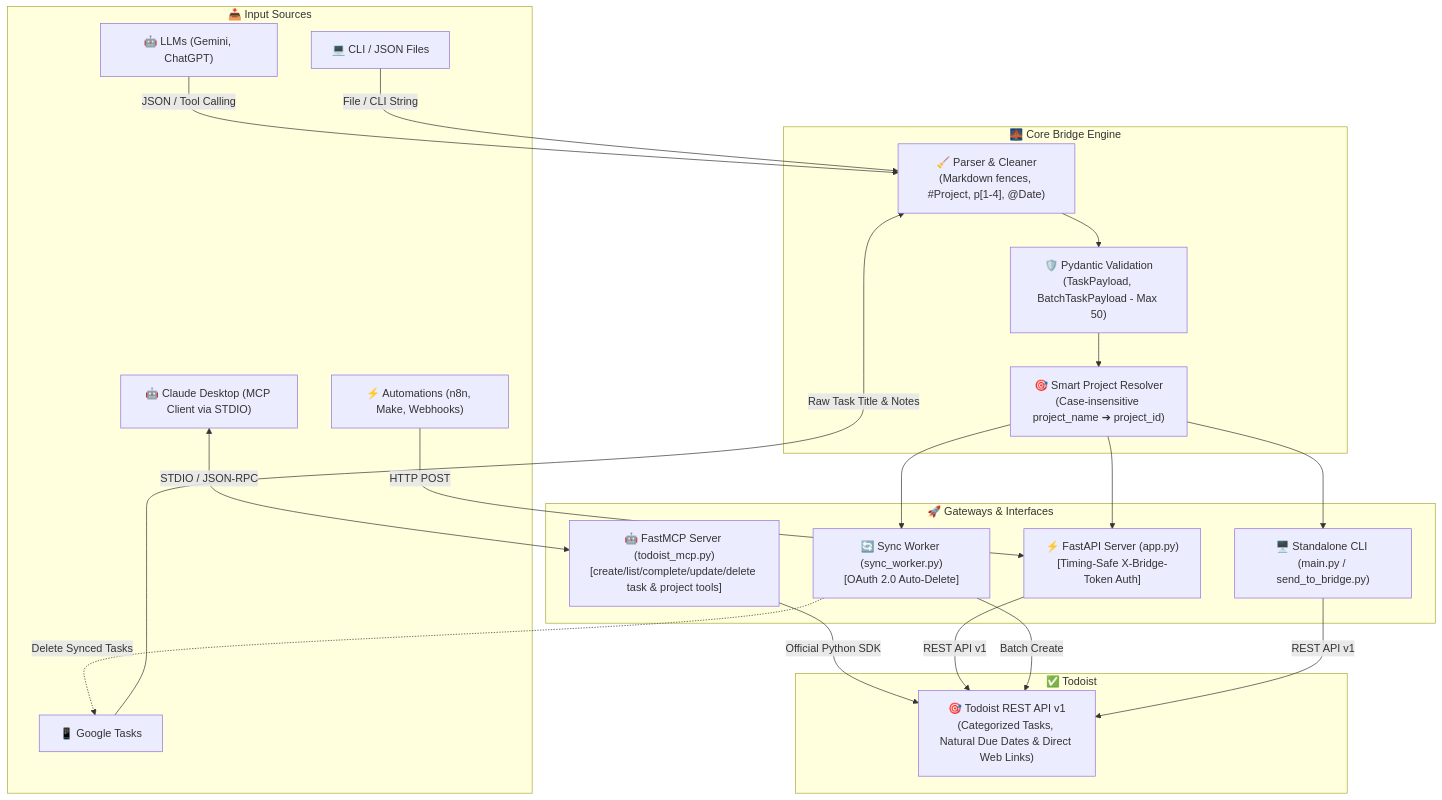
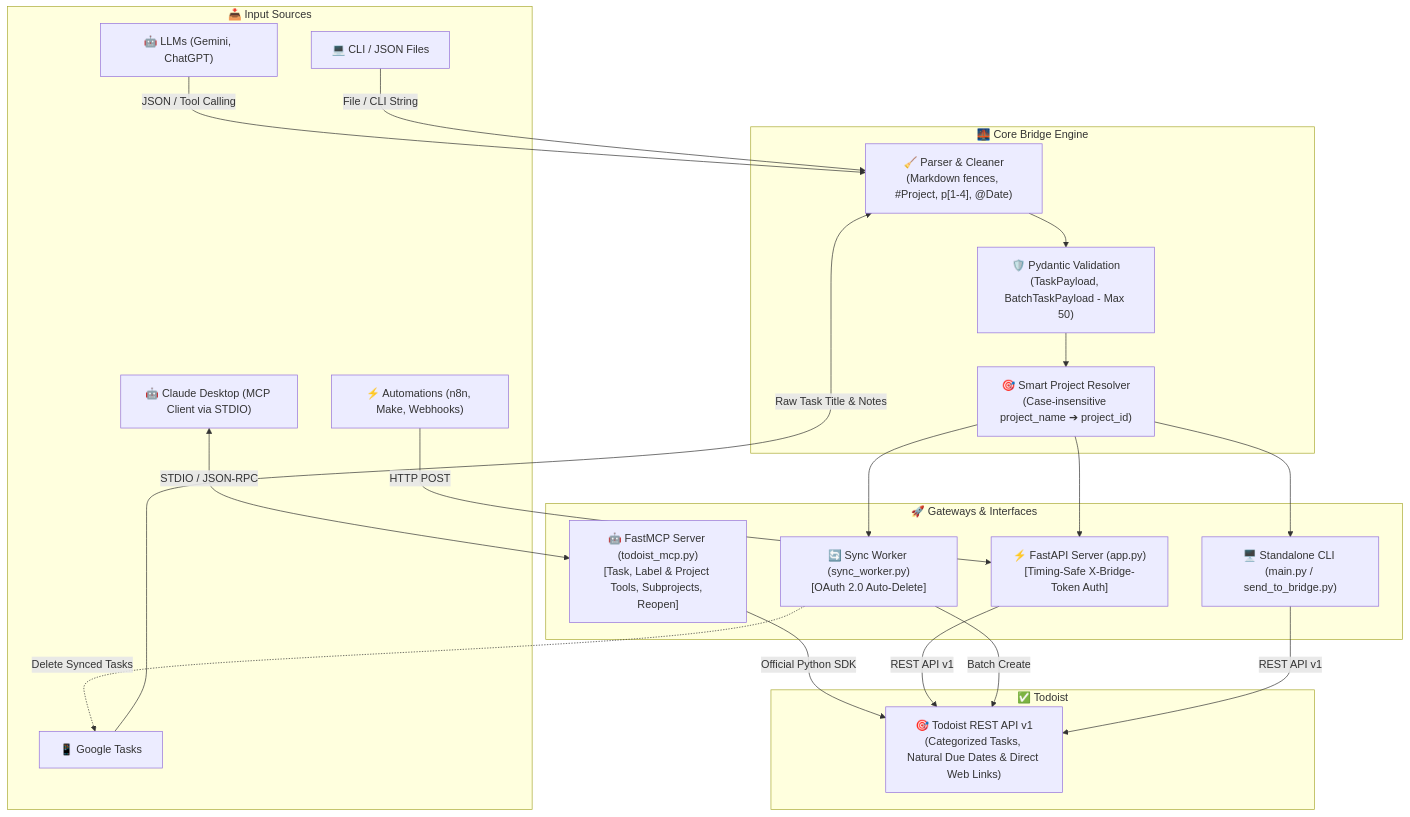
The diagram in README.md (kagankurubas/Todoist-Gemini-Bridge), drawn with Mermaid before and after one commit. The commit also changed other lines of this file and 2 other files, not shown here.

Commit message:
feat(mcp): add labels, nested projects hierarchy, and reopen_task tool with full test coverage

````diff
--- a/README.md
+++ b/README.md
@@ -30,45 +30,45 @@
 ```mermaid
 flowchart TD
     subgraph Sources["📥 Input Sources"]
         A1["🤖 Claude Desktop (MCP Client via STDIO)"]
         A2["🤖 LLMs (Gemini, ChatGPT)"]
         A3["📱 Google Tasks"]
         A4["⚡ Automations (n8n, Make, Webhooks)"]
         A5["💻 CLI / JSON Files"]
     end
 
     subgraph CoreBridge["🌉 Core Bridge Engine"]
         B1["🧹 Parser & Cleaner\n(Markdown fences, #Project, p[1-4], @Date)"]
         B2["🛡️ Pydantic Validation\n(TaskPayload, BatchTaskPayload - Max 50)"]
         B3["🎯 Smart Project Resolver\n(Case-insensitive project_name ➔ project_id)"]
     end
 
     subgraph Gateways["🚀 Gateways & Interfaces"]
-        C1["🤖 FastMCP Server (todoist_mcp.py)\n[create/list/complete/update/delete task & project tools]"]
+        C1["🤖 FastMCP Server (todoist_mcp.py)\n[Task, Label & Project Tools, Subprojects, Reopen]"]
         C2["⚡ FastAPI Server (app.py)\n[Timing-Safe X-Bridge-Token Auth]"]
         C3["🔄 Sync Worker (sync_worker.py)\n[OAuth 2.0 Auto-Delete]"]
         C4["🖥️ Standalone CLI (main.py / send_to_bridge.py)"]
     end
 
     subgraph Todoist["✅ Todoist"]
         D["🎯 Todoist REST API v1\n(Categorized Tasks, Natural Due Dates & Direct Web Links)"]
     end
 
     A1 <-->|STDIO / JSON-RPC| C1
     A2 -->|JSON / Tool Calling| B1
     A3 -->|Raw Task Title & Notes| B1
     A4 -->|HTTP POST| C2
     A5 -->|File / CLI String| B1
 
     B1 --> B2
     B2 --> B3
     B3 --> C2
     B3 --> C3
     B3 --> C4
 
     C1 -->|Official Python SDK| D
     C2 -->|REST API v1| D
     C3 -->|Batch Create| D
     C3 -.->|Delete Synced Tasks| A3
     C4 -->|REST API v1| D
 ```
````
